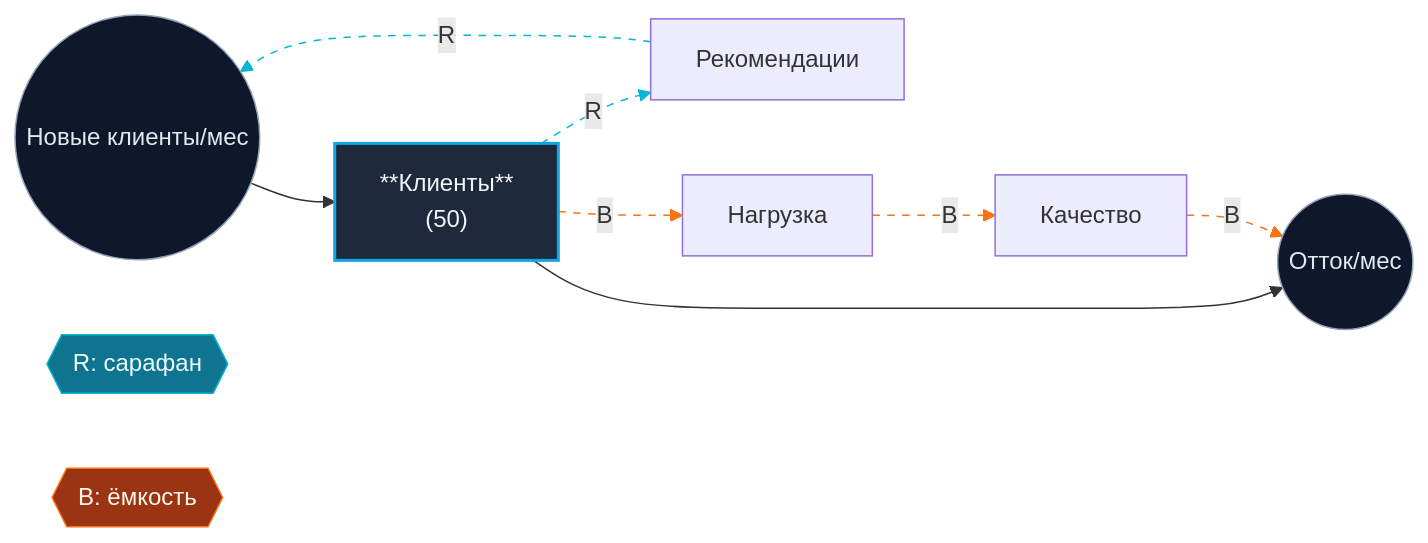
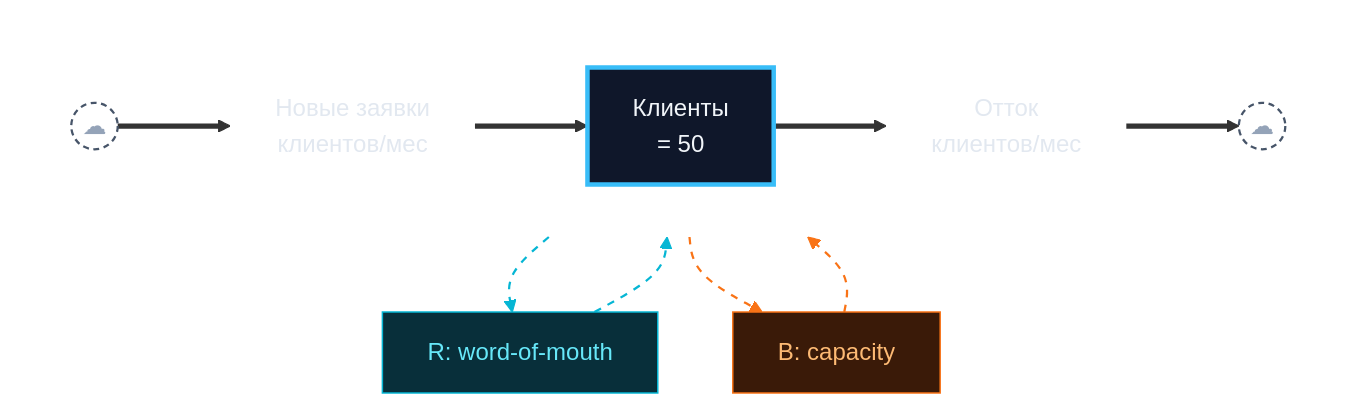
The second of 2 diagrams in skills/ai-systems-coach/SKILL.md (BayramAnnakov/systems-thinking-skills), drawn with Mermaid before and after one commit. The commit also changed other lines of this file and 2 other files, not shown here.

First line of the commit message:
Translate skill to English, switch to interactive 3-phase flow, redesign Mermaid

````diff
--- a/skills/ai-systems-coach/SKILL.md
+++ b/skills/ai-systems-coach/SKILL.md
@@ -175,30 +239,37 @@
 ```mermaid
-graph LR
-  classDef stock fill:#1e293b,stroke:#0ea5e9,stroke-width:2px,color:#f1f5f9;
-  classDef flow fill:#0f172a,stroke:#94a3b8,stroke-width:1px,color:#e2e8f0;
-  classDef loopR fill:#0e7490,stroke:#06b6d4,color:#ecfeff;
-  classDef loopB fill:#9a3412,stroke:#f97316,color:#fff7ed;
+flowchart TB
+  classDef stock fill:#0f172a,stroke:#38bdf8,stroke-width:3px,color:#f1f5f9
+  classDef cloud fill:transparent,stroke:#475569,stroke-width:1.5px,stroke-dasharray:4 3,color:#94a3b8
+  classDef rate fill:transparent,stroke:transparent,color:#e2e8f0
+  classDef loopR fill:#082f3a,stroke:#06b6d4,stroke-width:1px,color:#67e8f9
+  classDef loopB fill:#3a1a08,stroke:#f97316,stroke-width:1px,color:#fdba74
 
-  Inflow(("Новые клиенты/мес")):::flow
-  Stock["**Клиенты**<br/>(50)"]:::stock
-  Outflow(("Отток/мес")):::flow
-  Refs["Рекомендации"]
-  Load["Нагрузка"]
-  Quality["Качество"]
-  R1{{"R: сарафан"}}:::loopR
-  B1{{"B: ёмкость"}}:::loopB
+  Rloop["R: word-of-mouth"]:::loopR
 
-  Inflow --> Stock
-  Stock --> Outflow
-  Stock -.->|R| Refs
-  Refs -.->|R| Inflow
-  Stock -.->|B| Load
-  Load -.->|B| Quality
-  Quality -.->|B| Outflow
+  subgraph pipe [" "]
+    direction LR
+    Src(("☁")):::cloud
+    In["Новые заявки<br/>клиентов/мес"]:::rate
+    S["Клиенты<br/>= 50"]:::stock
+    Out["Отток<br/>клиентов/мес"]:::rate
+    Snk(("☁")):::cloud
+    Src ==> In
+    In ==> S
+    S ==> Out
+    Out ==> Snk
+  end
 
-  linkStyle 2 stroke:#06b6d4,stroke-dasharray: 5 5
-  linkStyle 3 stroke:#06b6d4,stroke-dasharray: 5 5
-  linkStyle 4 stroke:#f97316,stroke-dasharray: 5 5
-  linkStyle 5 stroke:#f97316,stroke-dasharray: 5 5
-  linkStyle 6 stroke:#f97316,stroke-dasharray: 5 5
+  Bloop["B: capacity"]:::loopB
+
+  S -.-> Rloop
+  Rloop -.-> S
+  S -.-> Bloop
+  Bloop -.-> S
+
+  style pipe fill:transparent,stroke:transparent
+
+  linkStyle 4 stroke:#06b6d4,stroke-width:1.5px,stroke-dasharray:5 5
+  linkStyle 5 stroke:#06b6d4,stroke-width:1.5px,stroke-dasharray:5 5
+  linkStyle 6 stroke:#f97316,stroke-width:1.5px,stroke-dasharray:5 5
+  linkStyle 7 stroke:#f97316,stroke-width:1.5px,stroke-dasharray:5 5
 ```
````
